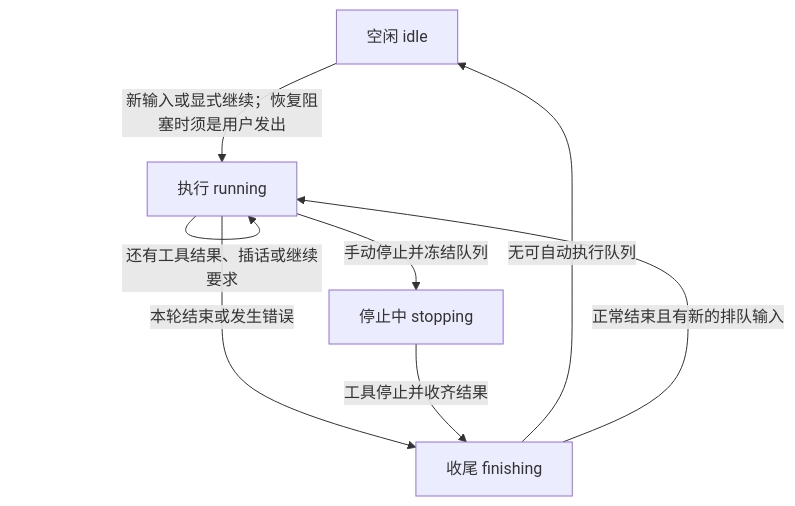
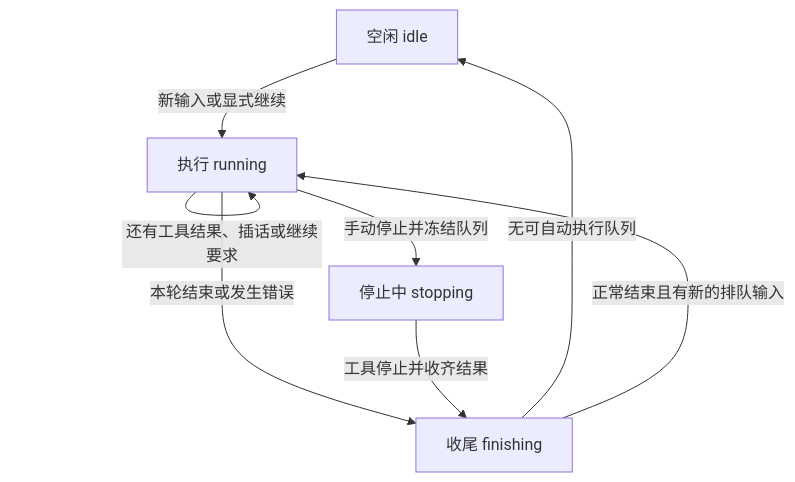
Before and after one commit to sainner/Kite: the diagram in docs/会话状态机.md, drawn with Mermaid. The commit also changed other lines of this file and 93 other files, not shown here.

````diff
--- a/docs/会话状态机.md
+++ b/docs/会话状态机.md
@@ -35,10 +34,10 @@
 ```mermaid
 flowchart TD
-    I[空闲 idle] -->|新输入或显式继续；恢复阻塞时须是用户发出| R[执行 running]
+    I[空闲 idle] -->|新输入或显式继续| R[执行 running]
     R -->|还有工具结果、插话或继续要求| R
     R -->|本轮结束或发生错误| F[收尾 finishing]
     R -->|手动停止并冻结队列| S[停止中 stopping]
     S -->|工具停止并收齐结果| F
     F -->|无可自动执行队列| I
     F -->|正常结束且有新的排队输入| R
 ```
````
